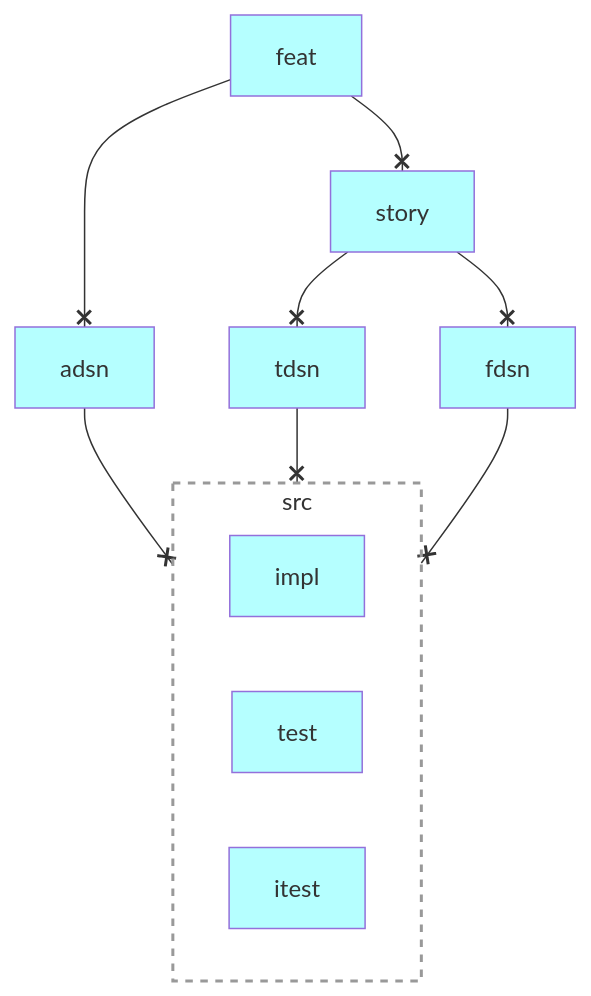
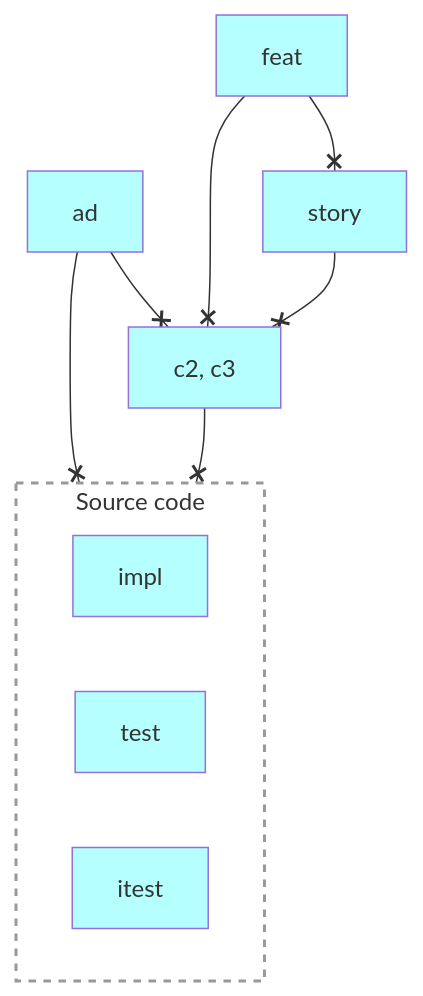
The diagram in reqman/README.md (voedger/voedger-internals), drawn with Mermaid before and after one commit. The commit also changed other lines of this file, not shown here.

Commit message:
Update README.md to enhance flowchart definitions and clarify architectural decision notations

````diff
--- a/reqman/README.md
+++ b/reqman/README.md
@@ -18,29 +18,27 @@
 ```mermaid
 flowchart TD
 
+    ad:::S
     feat:::S
-    adsn:::S
-    fdsn:::S
-    tdsn:::S
+    adsn[c2, c3]:::S
     story:::S
     src:::S
 
+    ad --x adsn
+    ad --x src
     feat --x adsn
     feat --x story
     adsn --x src
-    story --x fdsn
-    story --x tdsn
-    tdsn --x src
-    fdsn --x src
+    story --x adsn
     src:::G
-    subgraph "src"
+    subgraph src[Source code]
         impl:::S
         test:::S
-        itest:::S     
+        itest:::S
     end
     
     classDef B fill:#FFFFB5,color:#333
     classDef S fill:#B5FFFF,color:#333
     classDef H fill:#C9E7B7,color:#333
     classDef G fill:#ffffff15, stroke:#999, stroke-width:2px, stroke-dasharray: 5 5    
 ```
````
